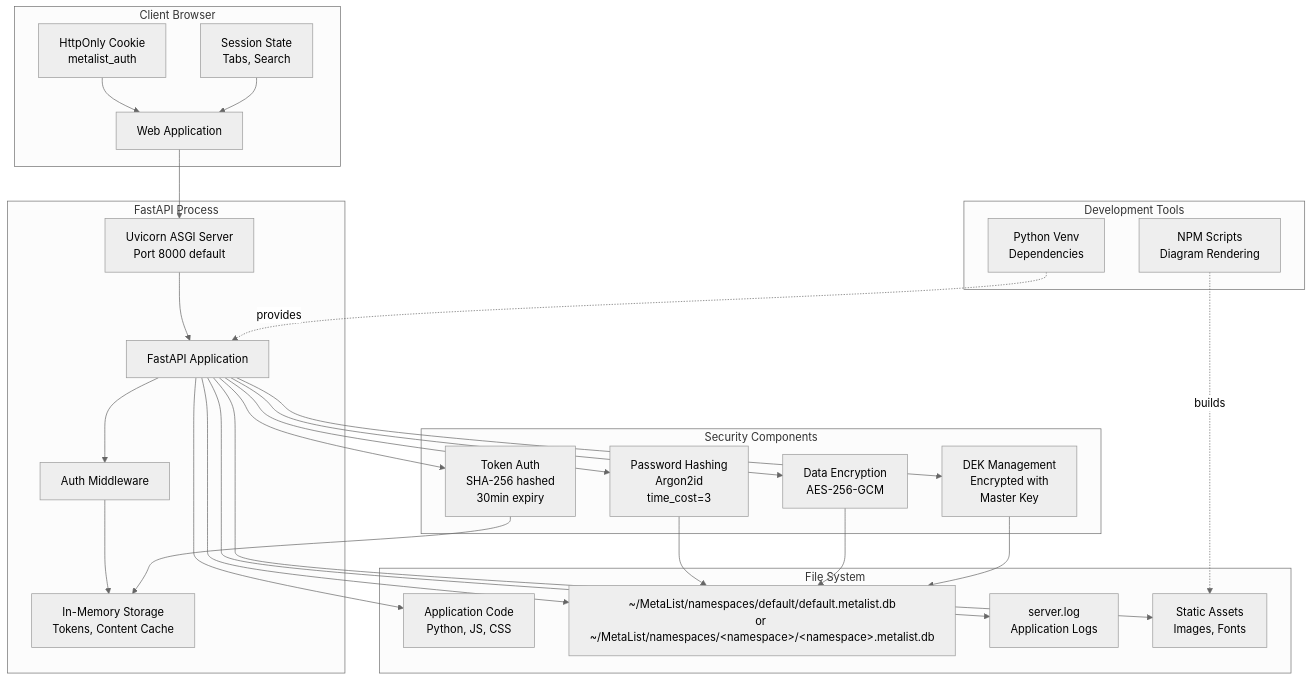
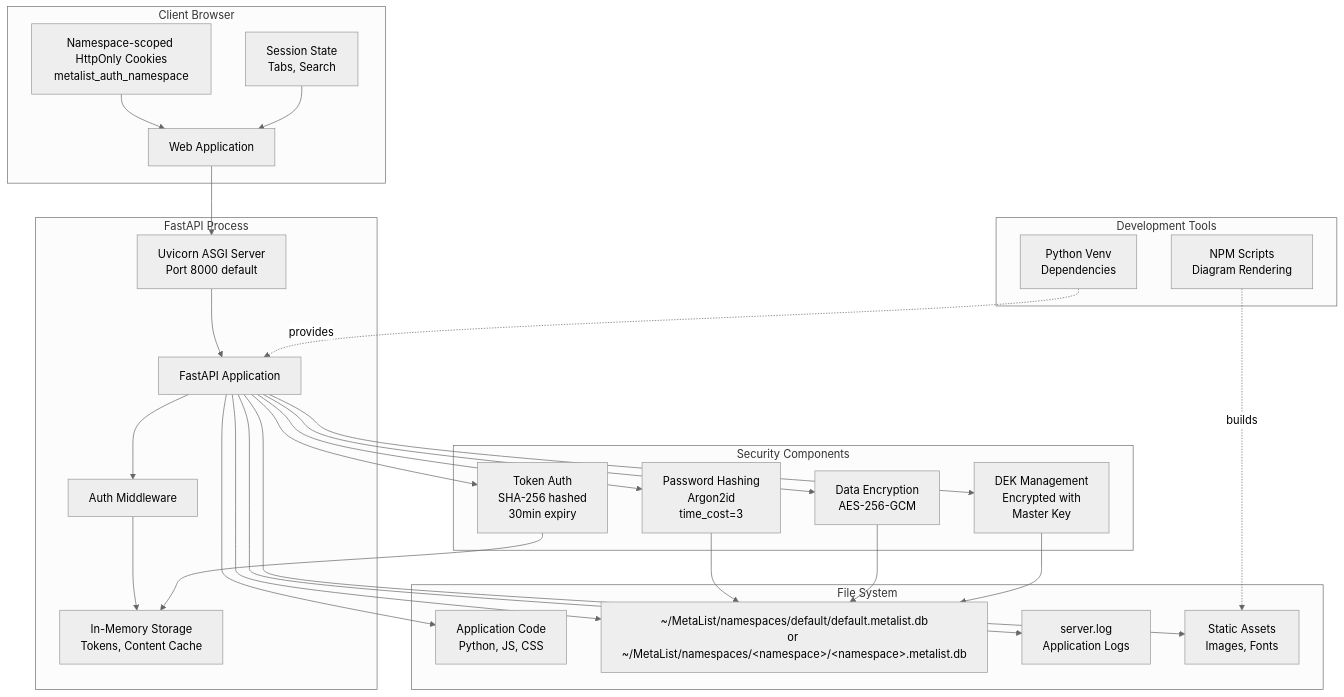
One commit to evolvingstuff/metalist changed the diagram in docs/diagrams/deployment-architecture.md. Above: the diagram before and after it, drawn with Mermaid (neutral theme). The commit also changed 22 other files, not shown here.

````diff
--- a/docs/diagrams/deployment-architecture.md
+++ b/docs/diagrams/deployment-architecture.md
@@ -5,60 +5,60 @@
 ```mermaid
 graph TB
     subgraph "Client Browser"
         WebApp[Web Application]
-        CookieJar[HttpOnly Cookie<br/>metalist_auth]
+        CookieJar[Namespace-scoped HttpOnly Cookies<br/>metalist_auth_namespace]
         SessionStorage[Session State<br/>Tabs, Search]
     end
     
     subgraph "FastAPI Process"
         ASGI[Uvicorn ASGI Server<br/>Port 8000 default]
         App[FastAPI Application]
         Middleware[Auth Middleware]
         InMemory[In-Memory Storage<br/>Tokens, Content Cache]
     end
     
     subgraph "File System"
         AppCode[Application Code<br/>Python, JS, CSS]
         SQLiteFile[~/MetaList/namespaces/default/default.metalist.db<br/>or ~/MetaList/namespaces/&lt;namespace&gt;/&lt;namespace&gt;.metalist.db]
         Logs[server.log<br/>Application Logs]
         StaticAssets[Static Assets<br/>Images, Fonts]
     end
     
     subgraph "Security Components"
         PassHash[Password Hashing<br/>Argon2id<br/>time_cost=3]
         DataEnc[Data Encryption<br/>AES-256-GCM]
         TokenAuth[Token Auth<br/>SHA-256 hashed<br/>30min expiry]
         DEKMgmt[DEK Management<br/>Encrypted with<br/>Master Key]
     end
     
     subgraph "Development Tools"
         NPM[NPM Scripts<br/>Diagram Rendering]
         Venv[Python Venv<br/>Dependencies]
     end
     
     WebApp --> ASGI
     CookieJar --> WebApp
     SessionStorage --> WebApp
     
     ASGI --> App
     App --> Middleware
     Middleware --> InMemory
     
     App --> AppCode
     App --> SQLiteFile
     App --> Logs
     App --> StaticAssets
     
     App --> PassHash
     App --> DataEnc
     App --> TokenAuth
     App --> DEKMgmt
     
     PassHash --> SQLiteFile
     DataEnc --> SQLiteFile
     TokenAuth --> InMemory
     DEKMgmt --> SQLiteFile
     
     NPM -.->|builds| StaticAssets
     Venv -.->|provides| App
 ```
````
